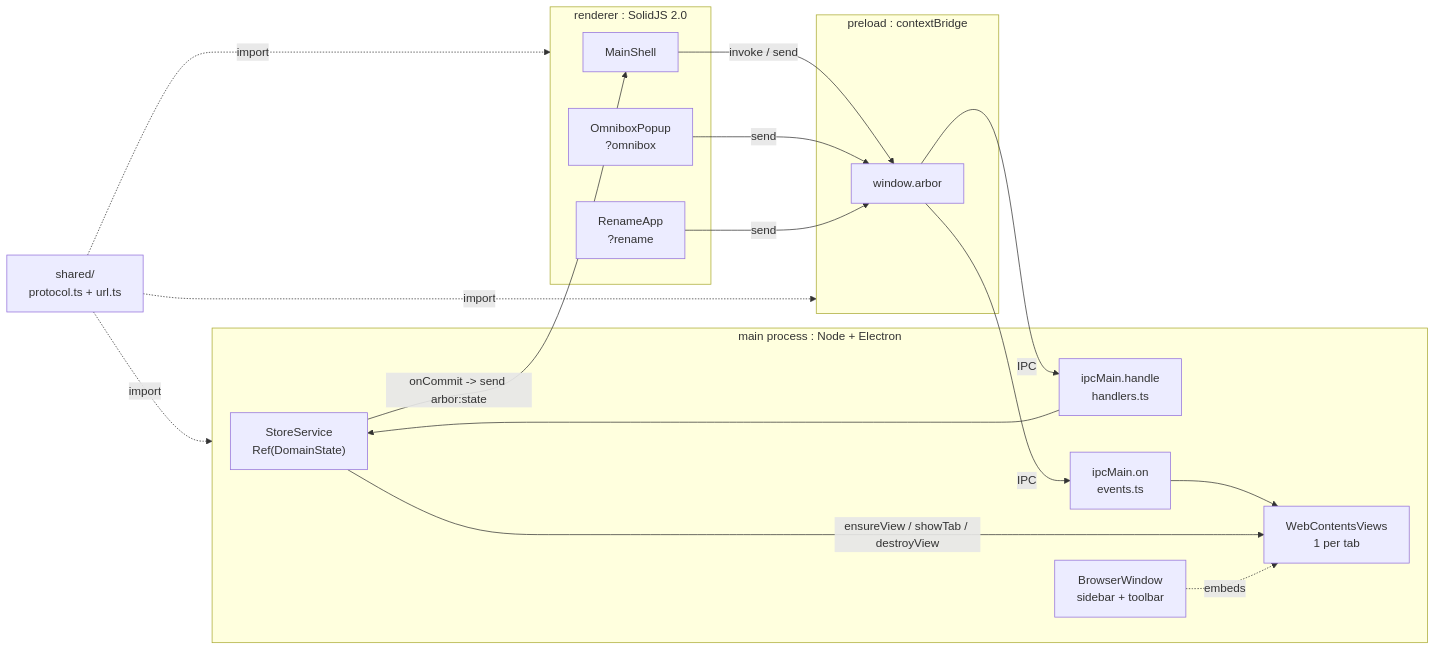
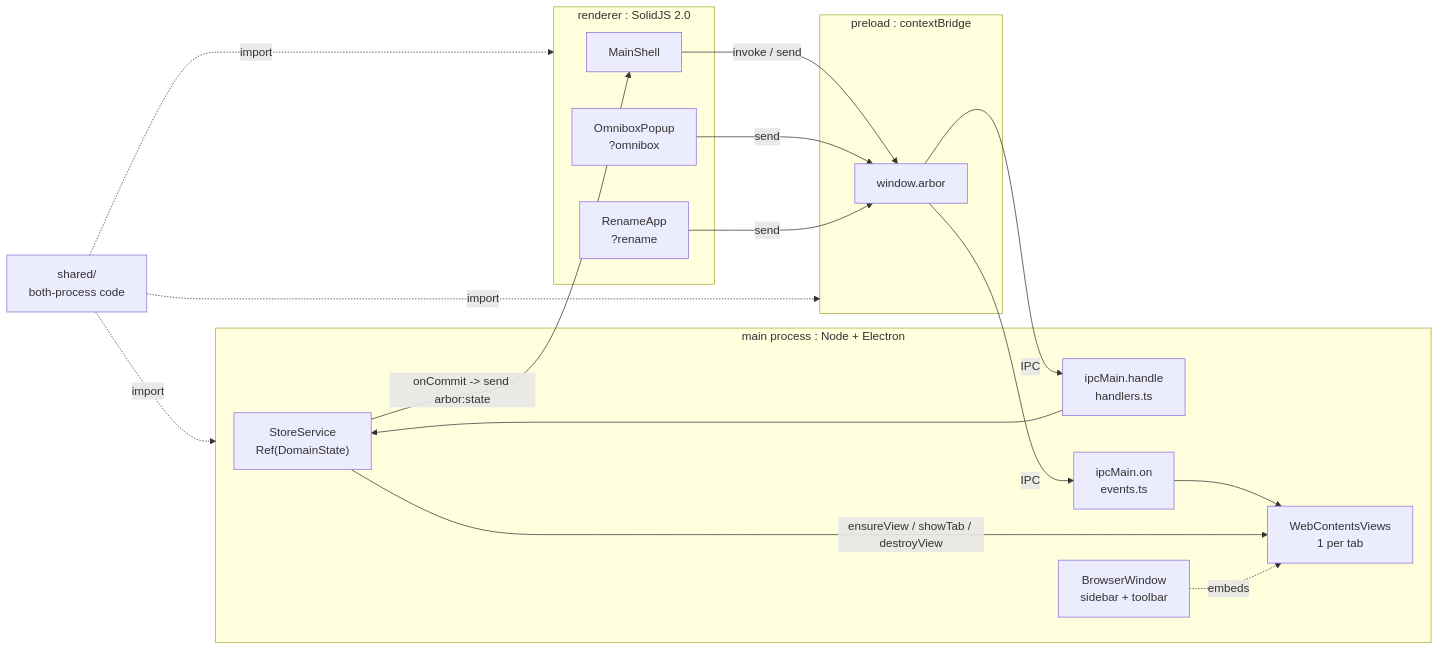
The diagram in docs/architecture/README.md (rom100main/arbor), drawn with Mermaid before and after one commit. The commit also changed other lines of this file and 1 other file, not shown here.

Commit message:
docs(architecture): update shared

````diff
--- a/docs/architecture/README.md
+++ b/docs/architecture/README.md
@@ -17,33 +17,33 @@
 ```mermaid
 flowchart LR
     subgraph Main["main process : Node + Electron"]
         Store["StoreService<br/>Ref(DomainState)"]
         IPC_H["ipcMain.handle<br/>handlers.ts"]
         IPC_E["ipcMain.on<br/>events.ts"]
         Views["WebContentsViews<br/>1 per tab"]
         Win["BrowserWindow<br/>sidebar + toolbar"]
     end
     subgraph Pre["preload : contextBridge"]
         API["window.arbor"]
     end
     subgraph Ren["renderer : SolidJS 2.0"]
         Shell["MainShell"]
         Omni["OmniboxPopup<br/>?omnibox"]
         Rename["RenameApp<br/>?rename"]
     end
-    Shared["shared/<br/>protocol.ts + url.ts"]
+    Shared["shared/<br/>both-process code"]
 
     Shell -->|"invoke / send"| API
     Omni -->|"send"| API
     Rename -->|"send"| API
     API -->|"IPC"| IPC_H
     API -->|"IPC"| IPC_E
     IPC_H --> Store
     IPC_E --> Views
     Store -->|"onCommit -> send arbor:state"| Shell
     Store -->|"ensureView / showTab / destroyView"| Views
     Win -.->|"embeds"| Views
     Shared -.->|"import"| Main
     Shared -.->|"import"| Pre
     Shared -.->|"import"| Ren
 ```
````
